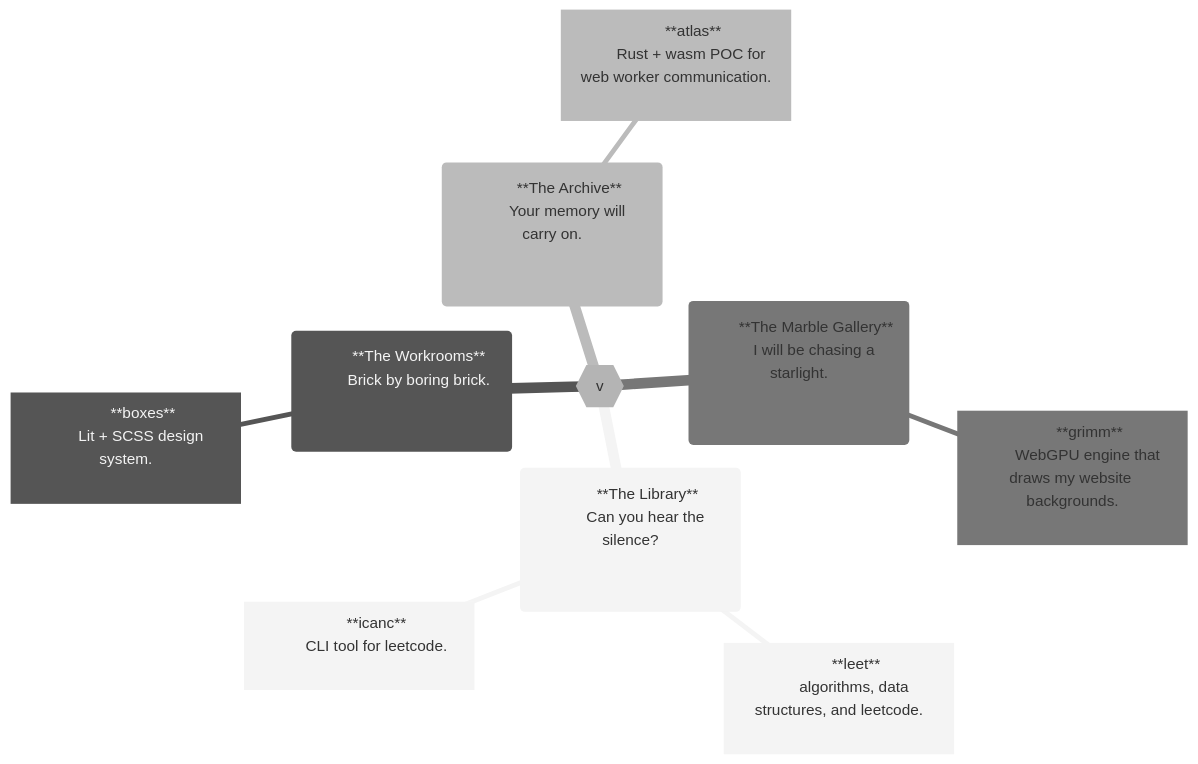
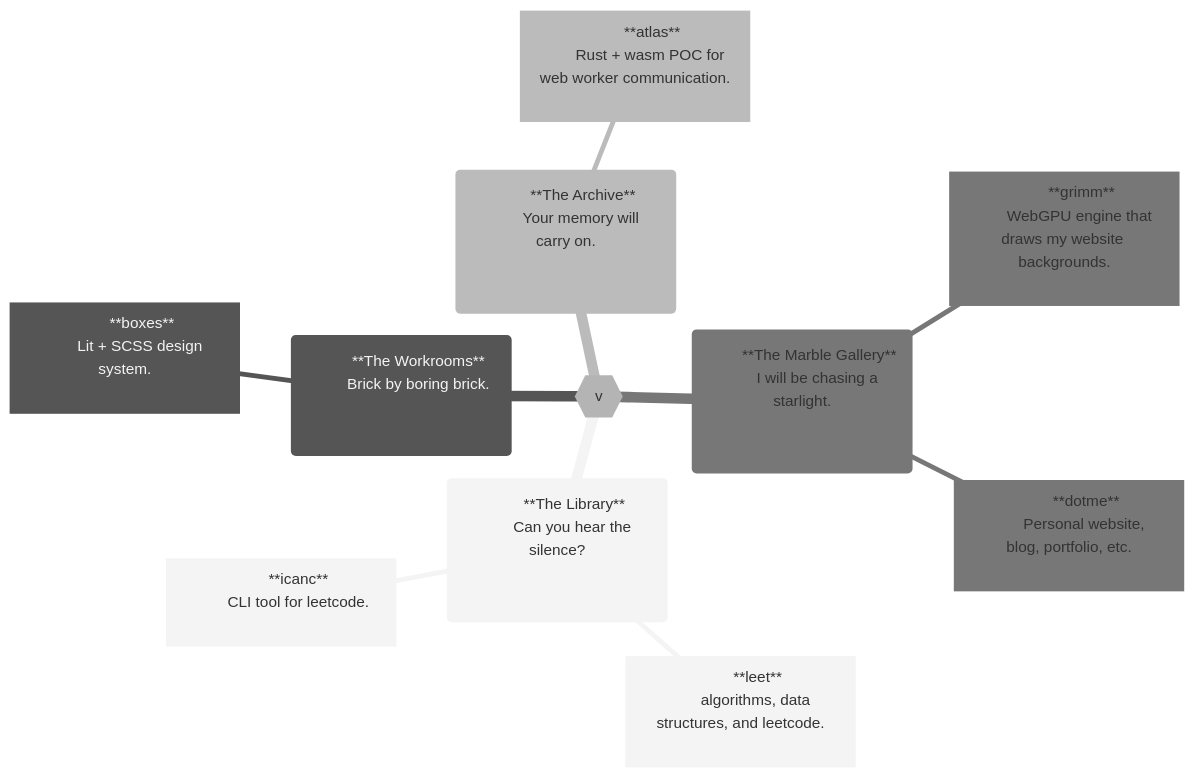
The diagram in README.md (voxelstack/voxelstack), drawn with Mermaid (neutral theme) before and after one commit.

````diff
--- a/README.md
+++ b/README.md
@@ -4,45 +4,49 @@
 ```mermaid
 mindmap
   root{{v}}
     (
         **The Library**
         Can you hear the silence?
         <!-- Can you see the dark? -->
     )
       [
         **leet**
         algorithms, data structures, and leetcode.
       ]
       [
         **icanc**
         CLI tool for leetcode.
       ]
     (
         <!-- The word "workshop" was taken from us. -->
         **The Workrooms**
         Brick by boring brick.
         <!-- Or the wolf's gonna blow it down. -->
     )
       [
         **boxes**
         Lit + SCSS design system.
       ]
     (
         **The Archive**
         Your memory will carry on.
         <!-- We'll carry on. -->
     )
       [
         **atlas**
         Rust + wasm POC for web worker communication.
       ]
     (
         **The Marble Gallery**
         I will be chasing a starlight.
         <!-- Until the end of my life. -->
     )
       [
         **grimm**
         WebGPU engine that draws my website backgrounds.
       ]
+      [
+        **dotme**
+        Personal website, blog, portfolio, etc.
+      ]
 ```
````
